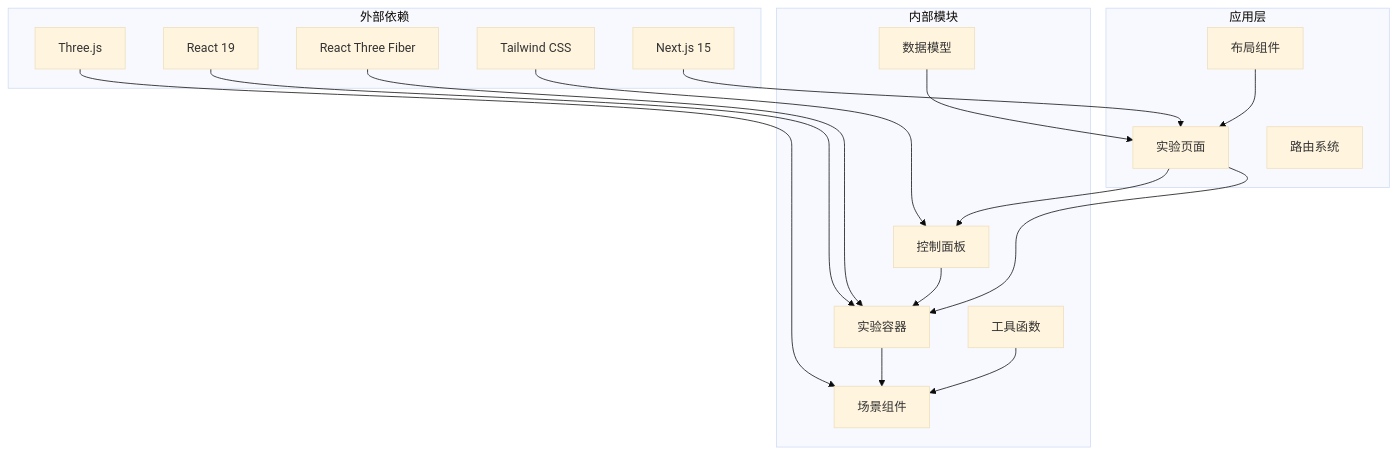
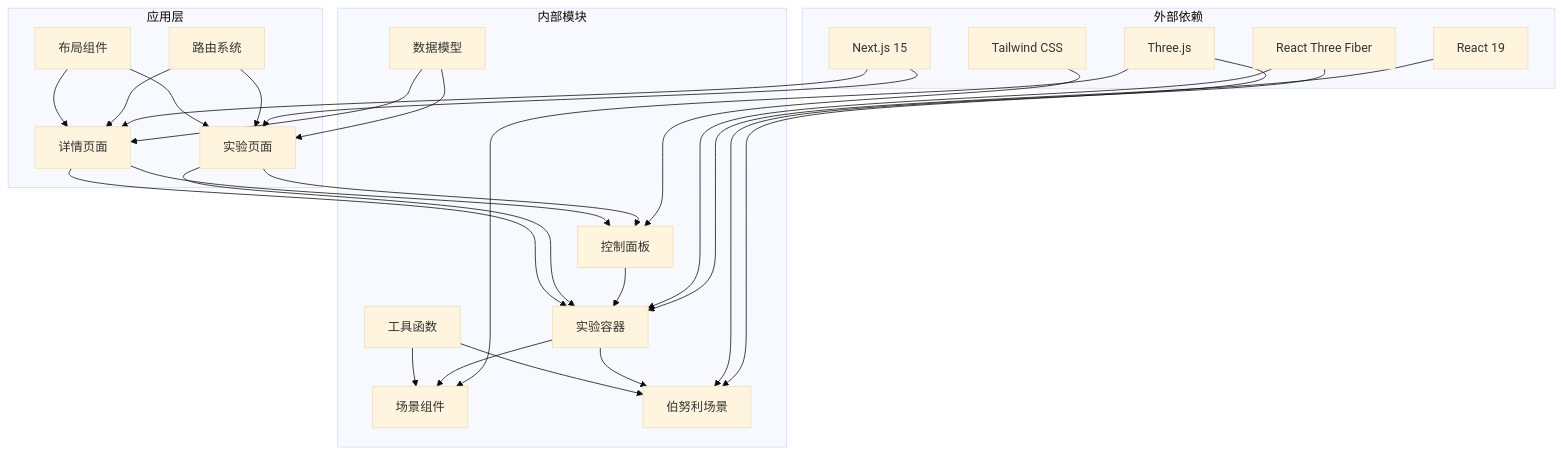
Before and after one commit to KaiYun-Wang/phys-lab-3d: the seventh of 7 diagrams in .qoder/repowiki/zh/content/实验系统/实验架构设计.md, drawn with Mermaid (base theme). The commit also changed other lines of this file and 32 other files, not shown here.

````diff
--- a/.qoder/repowiki/zh/content/实验系统/实验架构设计.md
+++ b/.qoder/repowiki/zh/content/实验系统/实验架构设计.md
@@ -339,34 +443,47 @@
 ```mermaid
 graph TB
 subgraph "外部依赖"
 A[Next.js 15]
 B[React 19]
 C[Three.js]
 D[React Three Fiber]
 E[Tailwind CSS]
 end
 subgraph "内部模块"
 F[实验容器]
 G[控制面板]
 H[场景组件]
 I[数据模型]
 J[工具函数]
+K[伯努利场景]
 end
 subgraph "应用层"
-K[实验页面]
-L[路由系统]
-M[布局组件]
+L[实验页面]
+M[路由系统]
+N[布局组件]
+O[详情页面]
 end
-A --> K
+A --> L
+A --> O
 B --> F
 C --> H
+C --> K
 D --> F
+D --> K
 E --> G
 F --> H
+F --> K
 G --> F
-I --> K
+I --> L
+I --> O
 J --> H
-K --> F
-K --> G
-M --> K
+J --> K
+L --> F
+L --> G
+O --> F
+O --> G
+M --> L
+M --> O
+N --> L
+N --> O
 ```
````
